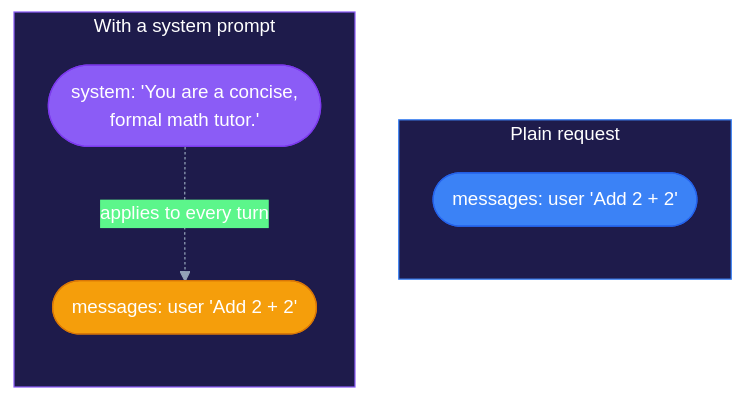
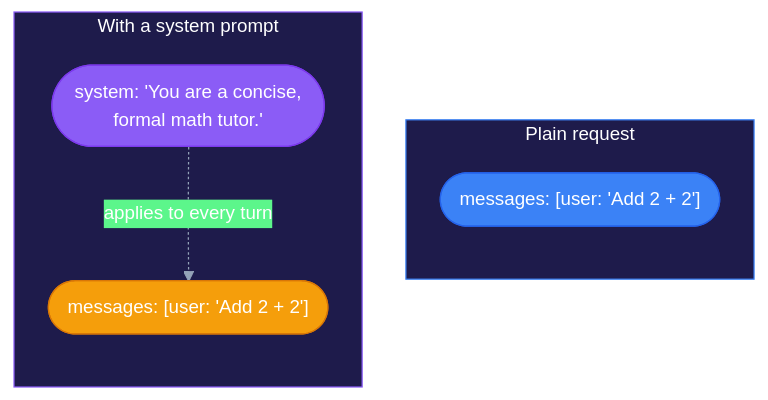
The first of 2 diagrams in _02_building_with_claude_api/03_system_prompts.md (manthan-joshi-ai/claude-llm), drawn with Mermaid before and after one commit. The commit also changed 1 other file, not shown here.

Commit message:
Fix the actual root cause: 'call' is a reserved token in Mermaid's grammar
Verified with a real mermaid-cli render (not guesswork) that the
02_multi_turn_conversations.md parse error was caused by using 'call'
as a classDef name -- Mermaid's flowchart lexer treats 'call' as a
CALLBACKNAME token (tied to the click-interaction syntax internally),
which breaks parsing wherever it's used as an identifier. Renamed the
classDef from 'call' to 'send'.

Also reverted my previous (unverified, unnecessary) bracket-removal
edits in both files -- confirmed via real render that
"messages: [user1]" style labels were never actually the problem;
removing them only hurt clarity for no syntax benefit. Restored the
original, clearer notation now that it's confirmed safe.

All three affected diagrams re-rendered successfully via actual
mermaid-cli output before this commit, not assumed.

````diff
--- a/_02_building_with_claude_api/03_system_prompts.md
+++ b/_02_building_with_claude_api/03_system_prompts.md
@@ -25,23 +25,23 @@
 ```mermaid
 %%{init: {"theme": "base", "themeVariables": {"primaryColor": "#8B5CF6", "primaryTextColor": "#ffffff", "primaryBorderColor": "#7C3AED", "lineColor": "#94A3B8", "fontFamily": "Segoe UI, sans-serif", "fontSize": "15px"}, "flowchart": {"htmlLabels": true, "padding": 20, "nodeSpacing": 35, "rankSpacing": 60}}}%%
 flowchart TB
     subgraph Plain["Plain request"]
         direction TB
-        P1(["messages: user 'Add 2 + 2'"])
+        P1(["messages: [user: 'Add 2 + 2']"])
     end
     subgraph Shaped["With a system prompt"]
         direction TB
         S1(["system: 'You are a concise,<br/>formal math tutor.'"])
-        S2(["messages: user 'Add 2 + 2'"])
+        S2(["messages: [user: 'Add 2 + 2']"])
         S1 -.applies to every turn.-> S2
     end
 
     classDef plain fill:#3B82F6,stroke:#2563EB,color:#ffffff
     classDef sys fill:#8B5CF6,stroke:#7C3AED,color:#ffffff
     classDef msg fill:#F59E0B,stroke:#D97706,color:#ffffff
     class P1 plain
     class S1 sys
     class S2 msg
     style Plain fill:#1E1B4B,stroke:#3B82F6,color:#ffffff
     style Shaped fill:#1E1B4B,stroke:#8B5CF6,color:#ffffff
 ```
````
